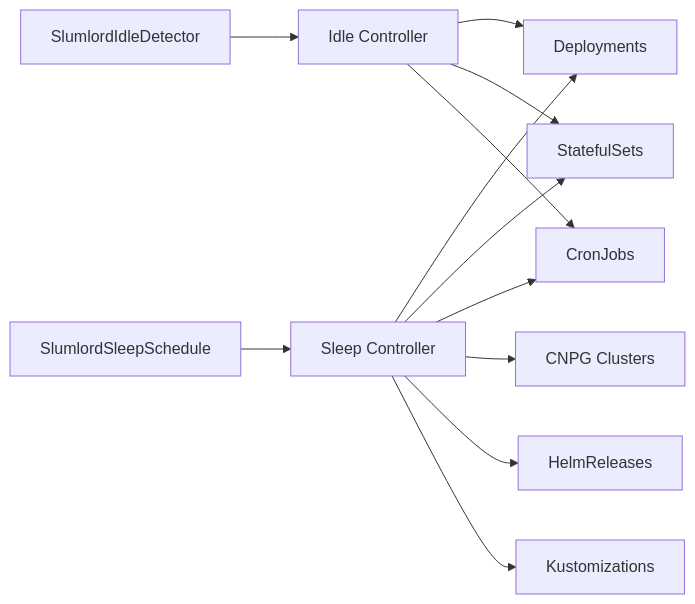
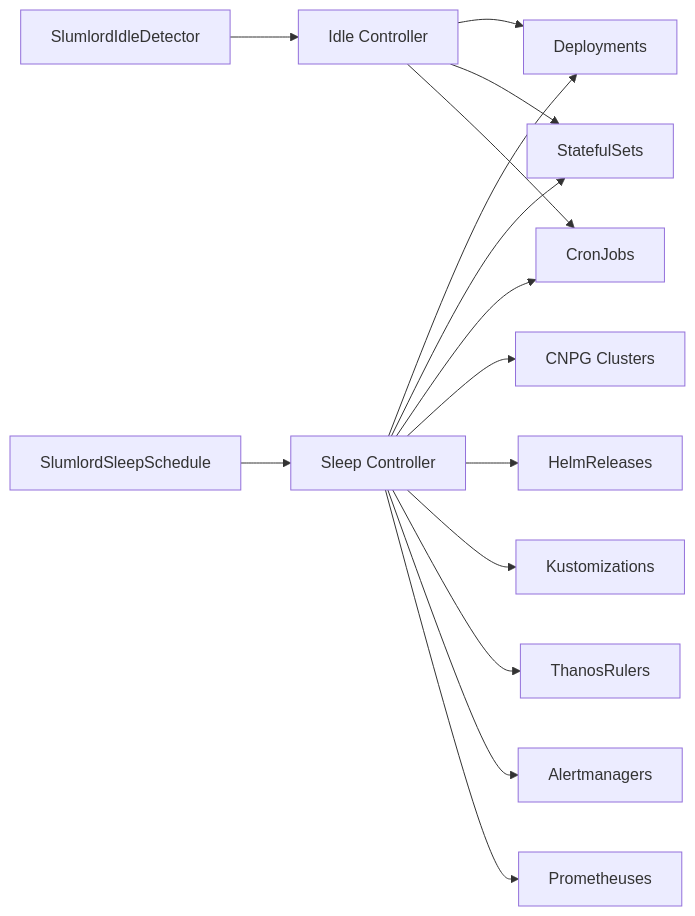
One commit to cschockaert/slumlord changed the diagram in README.md. Above: the diagram before and after it, drawn with Mermaid. The commit also changed other lines of this file and 10 other files, not shown here.

````diff
--- a/README.md
+++ b/README.md
@@ -234,15 +259,18 @@
 ```mermaid
 graph LR
     A[SlumlordSleepSchedule] --> B[Sleep Controller]
     B --> C[Deployments]
     B --> D[StatefulSets]
     B --> E[CronJobs]
     B --> F[CNPG Clusters]
     B --> G[HelmReleases]
     B --> H[Kustomizations]
+    B --> K[ThanosRulers]
+    B --> L[Alertmanagers]
+    B --> M[Prometheuses]
 
     I[SlumlordIdleDetector] --> J[Idle Controller]
     J --> C
     J --> D
     J --> E
 ```
````
